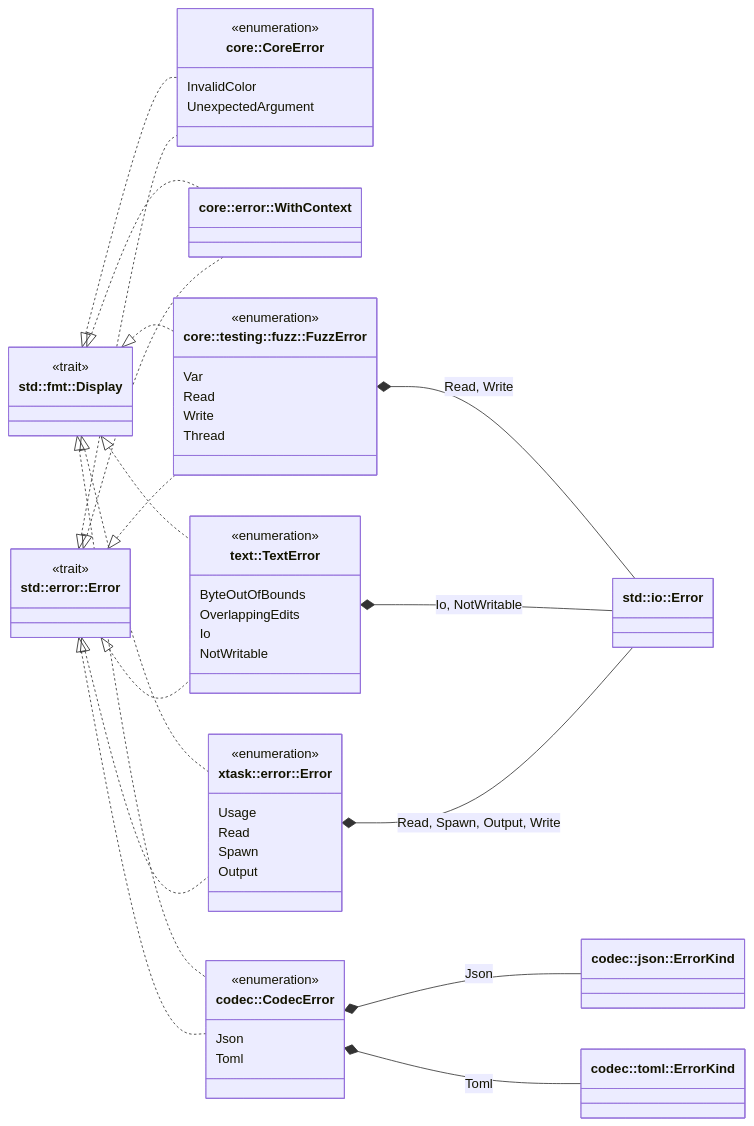
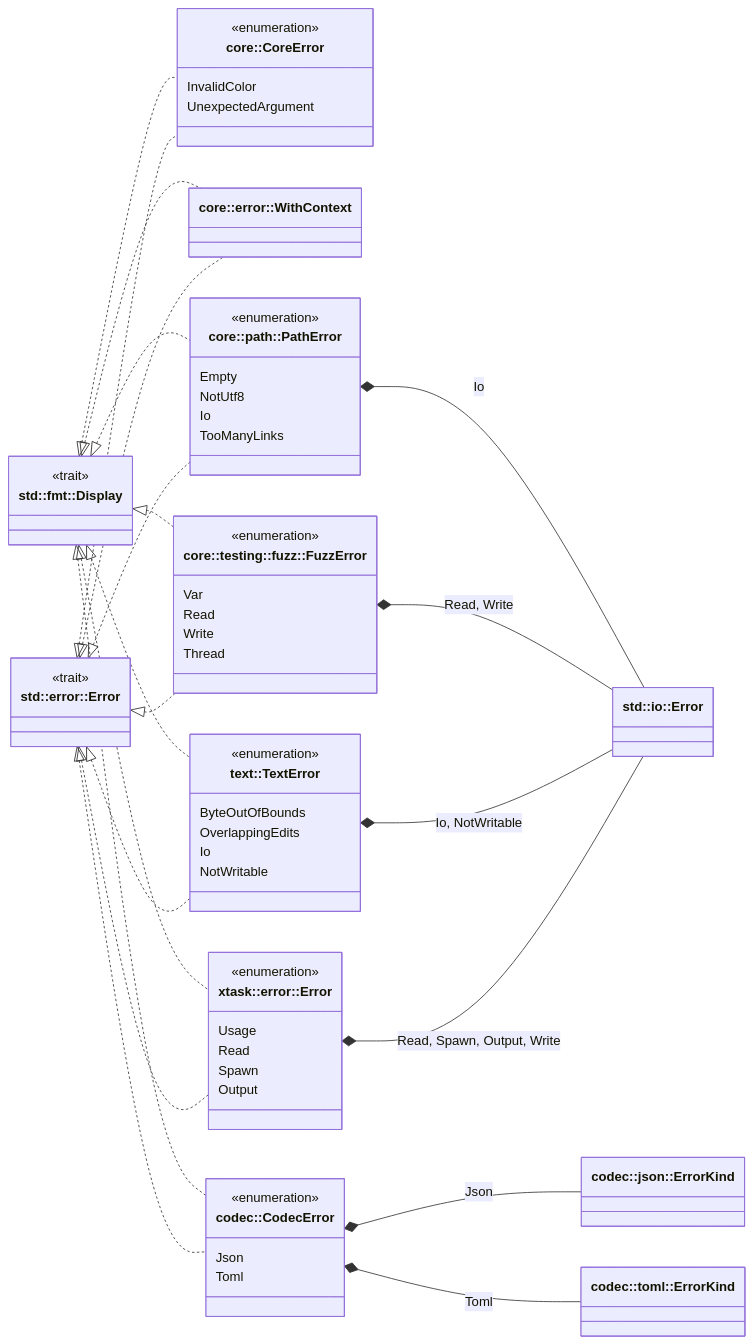
Diagram 30 of 30 in diagrams/class-diagrams.md (jabbott-iii/Tidepool), drawn with Mermaid before and after one commit. The commit also changed other lines of this file and 16 other files, not shown here.

````diff
--- a/diagrams/class-diagrams.md
+++ b/diagrams/class-diagrams.md
@@ -2193,62 +2237,72 @@
 ```mermaid
 classDiagram
     direction LR
     class Display["std::fmt::Display"] {
         <<trait>>
     }
     class StdError["std::error::Error"] {
         <<trait>>
     }
     class IoError["std::io::Error"]
     class CoreError["core::CoreError"] {
         <<enumeration>>
         InvalidColor
         UnexpectedArgument
     }
     class WithContext["core::error::WithContext"]
+    class PathError["core::path::PathError"] {
+        <<enumeration>>
+        Empty
+        NotUtf8
+        Io
+        TooManyLinks
+    }
     class FuzzError["core::testing::fuzz::FuzzError"] {
         <<enumeration>>
         Var
         Read
         Write
         Thread
     }
     class CodecError["codec::CodecError"] {
         <<enumeration>>
         Json
         Toml
     }
     class JsonErrorKind["codec::json::ErrorKind"]
     class TomlErrorKind["codec::toml::ErrorKind"]
     class TextError["text::TextError"] {
         <<enumeration>>
         ByteOutOfBounds
         OverlappingEdits
         Io
         NotWritable
     }
     class XtaskError["xtask::error::Error"] {
         <<enumeration>>
         Usage
         Read
         Spawn
         Output
     }
     Display <|.. CoreError
     StdError <|.. CoreError
     Display <|.. WithContext
     StdError <|.. WithContext
+    Display <|.. PathError
+    StdError <|.. PathError
     Display <|.. FuzzError
     StdError <|.. FuzzError
     Display <|.. CodecError
     StdError <|.. CodecError
     Display <|.. TextError
     StdError <|.. TextError
     Display <|.. XtaskError
     StdError <|.. XtaskError
     CodecError *-- JsonErrorKind : Json
     CodecError *-- TomlErrorKind : Toml
+    PathError *-- IoError : Io
     FuzzError *-- IoError : Read, Write
     TextError *-- IoError : Io, NotWritable
     XtaskError *-- IoError : Read, Spawn, Output, Write
 ```
````
